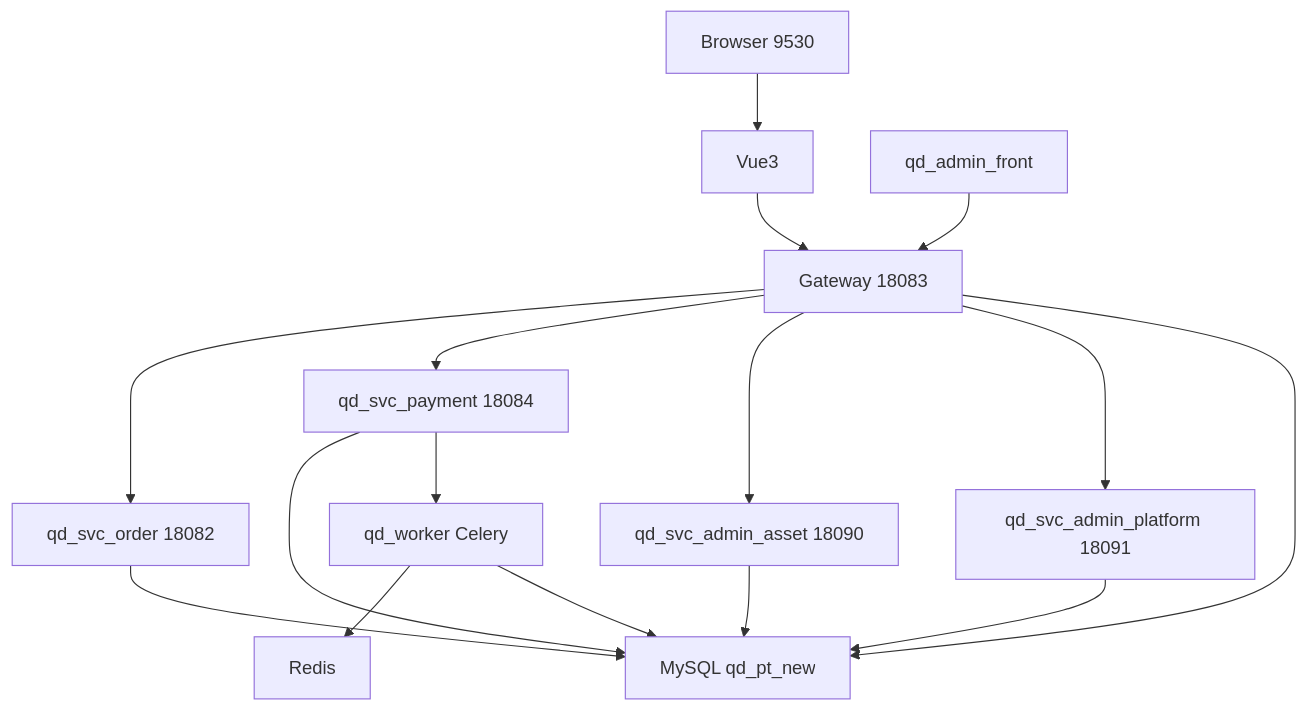
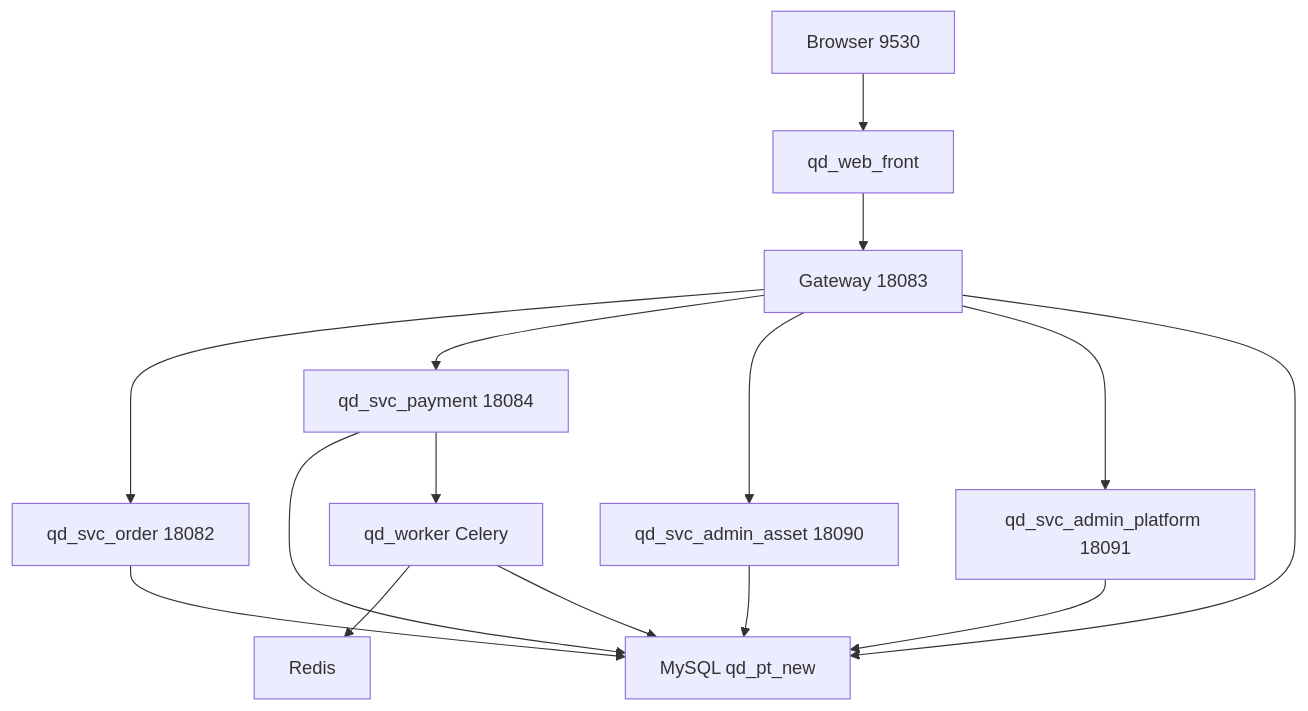
One commit to TZTANG97/utoo-pydjango changed the second of 6 diagrams in README.md. Above: the diagram before and after it, drawn with Mermaid. The commit also changed other lines of this file and 341 other files, not shown here.

First line of the commit message:
合并 C 端与管理后台为统一前端 qd_web_front，并切换 CI 静态发布路径。

````diff
--- a/README.md
+++ b/README.md
@@ -70,18 +71,17 @@
 ```mermaid
 graph TB
-  Browser[Browser 9530] --> Vite[Vue3]
-  AdminFE[qd_admin_front] --> GW
+  Browser[Browser 9530] --> Vite[qd_web_front]
   Vite --> GW[Gateway 18083]
   GW --> Order[qd_svc_order 18082]
   GW --> Pay[qd_svc_payment 18084]
   GW --> Asset[qd_svc_admin_asset 18090]
   GW --> Platform[qd_svc_admin_platform 18091]
   Order --> DB[MySQL qd_pt_new]
   Pay --> DB
   Asset --> DB
   Platform --> DB
   GW --> DB
   Pay --> Worker[qd_worker Celery]
   Worker --> Redis[Redis]
   Worker --> DB
 ```
````
